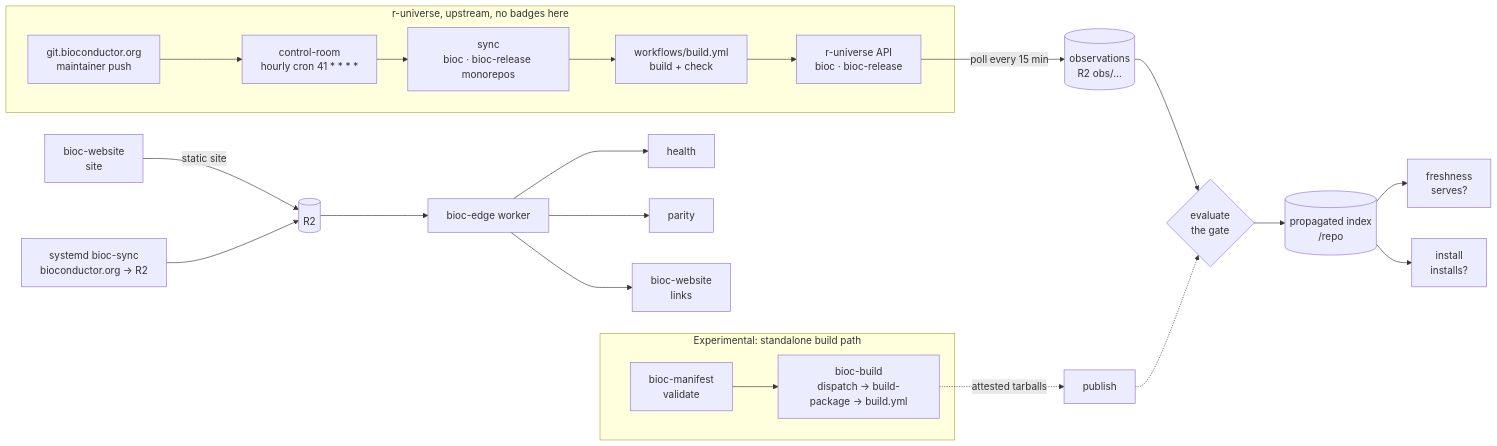
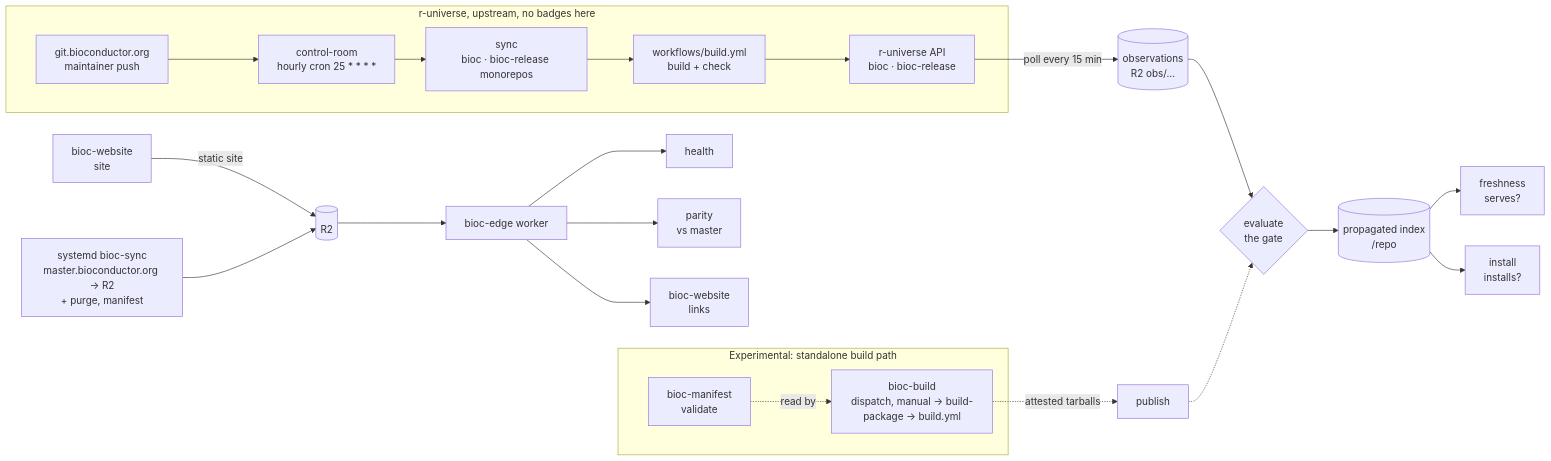
The diagram in ci.qmd (seandavi/bioc-infrastructure), drawn with Mermaid before and after one commit. The commit also changed other lines of this file and 8 other files, not shown here.

````diff
--- a/ci.qmd
+++ b/ci.qmd
@@ -16,22 +16,24 @@
 ```{mermaid}
 flowchart LR
   subgraph RU[r-universe, upstream, no badges here]
-    G[git.bioconductor.org<br/>maintainer push] --> CR[control-room<br/>hourly cron 41 * * * *]
+    G[git.bioconductor.org<br/>maintainer push] --> CR[control-room<br/>hourly cron 25 * * * *]
     CR --> SY[sync<br/>bioc · bioc-release monorepos]
     SY --> BU[workflows/build.yml<br/>build + check]
     BU --> API[r-universe API<br/>bioc · bioc-release]
   end
   API -- poll every 15 min --> OB[(observations<br/>R2 obs/…)]
   OB --> GT{evaluate<br/>the gate}
   GT --> R[(propagated index<br/>/repo)]
   R --> F[freshness<br/>serves?]
   R --> I[install<br/>installs?]
   subgraph X[Experimental: standalone build path]
-    M[bioc-manifest<br/>validate] --> D[bioc-build<br/>dispatch → build-package → build.yml]
+    M[bioc-manifest<br/>validate]
+    D[bioc-build<br/>dispatch, manual → build-package → build.yml]
   end
+  M -. read by .-> D
   D -. attested tarballs .-> P[publish] -.-> GT
   W[bioc-website<br/>site] -- static site --> R2[(R2)]
-  S[systemd bioc-sync<br/>bioconductor.org → R2] --> R2
+  S[systemd bioc-sync<br/>master.bioconductor.org → R2<br/>+ purge, manifest] --> R2
   R2 --> E[bioc-edge worker]
-  E --> H[health] & PA[parity] & L[bioc-website<br/>links]
+  E --> H[health] & PA[parity<br/>vs master] & L[bioc-website<br/>links]
 ```
````
